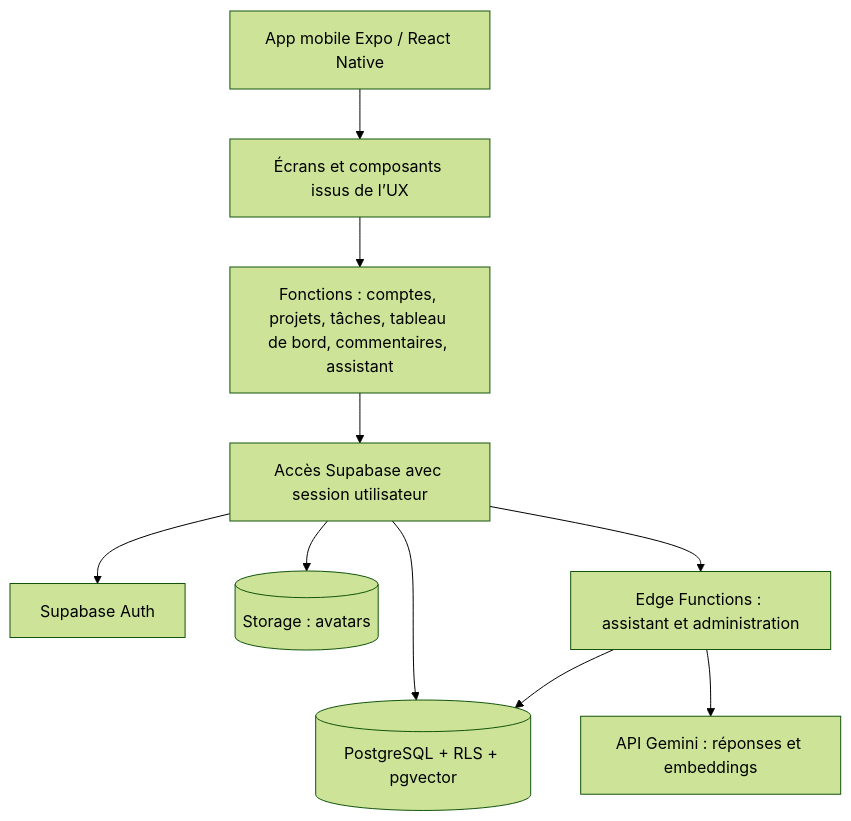
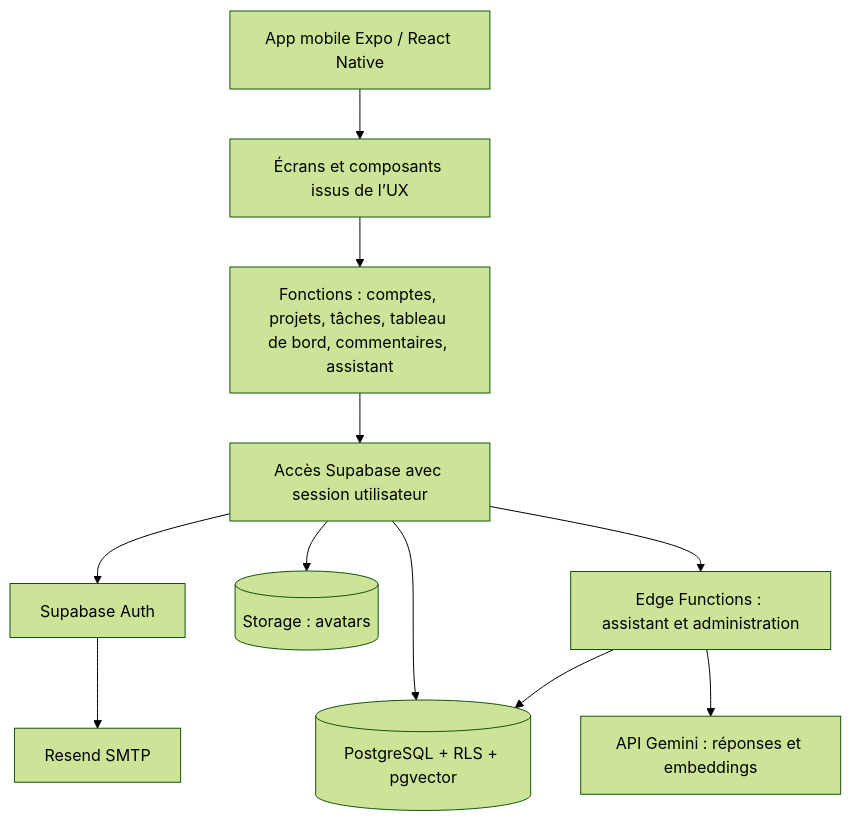
The first of 2 diagrams in _bmad-output/planning-artifacts/architecture/architecture-GDU_TaskFlow-2026-11-02/architecture.md (cdoyelle/Projet-IA), drawn with Mermaid (forest theme) before and after one commit. The commit also changed other lines of this file and 9 other files, not shown here.

````diff
--- a/_bmad-output/planning-artifacts/architecture/architecture-GDU_TaskFlow-2026-11-02/architecture.md
+++ b/_bmad-output/planning-artifacts/architecture/architecture-GDU_TaskFlow-2026-11-02/architecture.md
@@ -46,19 +47,21 @@
 ```mermaid
 flowchart TD
   Mobile[App mobile Expo / React Native]
   UI[Écrans et composants issus de l’UX]
   Features[Fonctions : comptes, projets, tâches, tableau de bord, commentaires, assistant]
   Client[Accès Supabase avec session utilisateur]
   Auth[Supabase Auth]
+  Mail[Resend SMTP]
   DB[(PostgreSQL + RLS + pgvector)]
   Storage[(Storage : avatars)]
   Functions[Edge Functions : assistant et administration]
   Gemini[API Gemini : réponses et embeddings]
   Mobile --> UI --> Features --> Client
   Client --> Auth
+  Auth --> Mail
   Client --> DB
   Client --> Storage
   Client --> Functions
   Functions --> DB
   Functions --> Gemini
 ```
````
